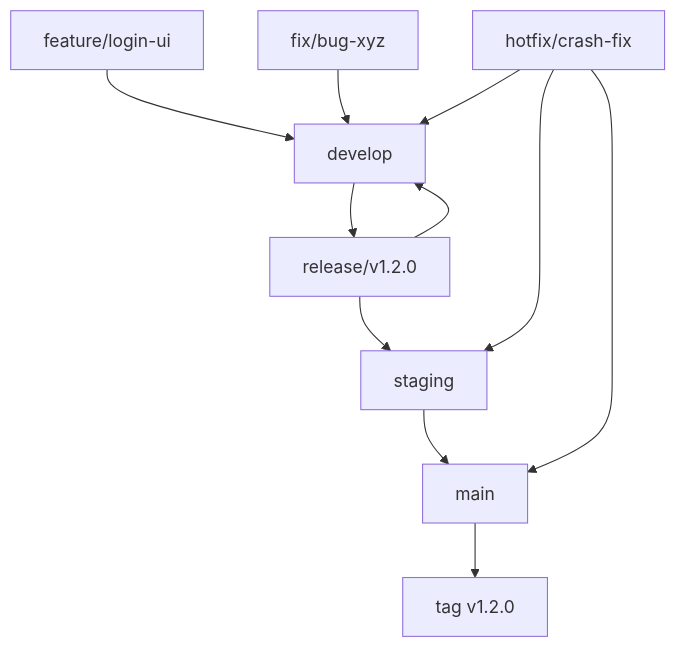
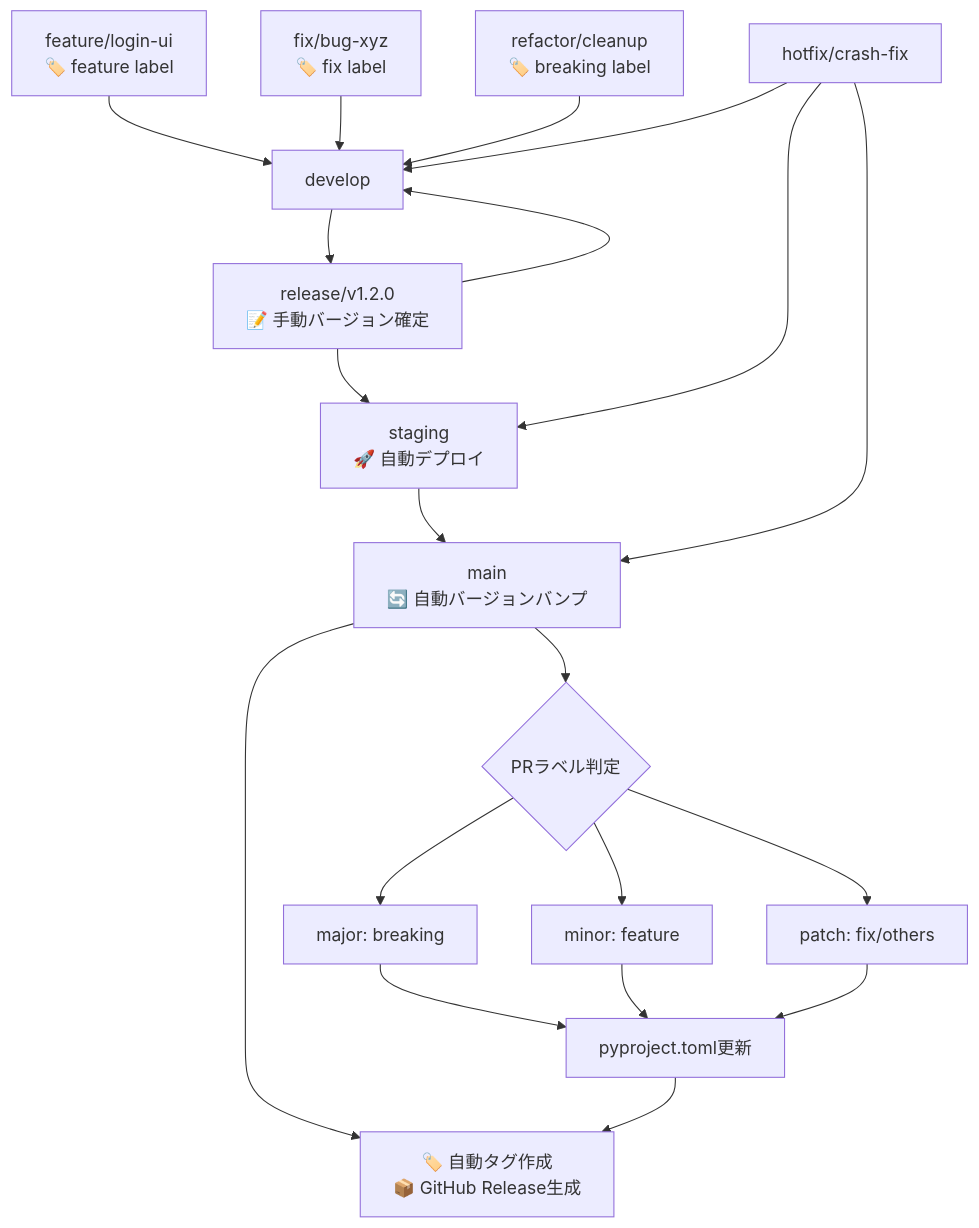
One commit to Kewton/MySwiftAgent changed the diagram in CLAUDE.md. Above: the diagram before and after it, drawn with Mermaid. The commit also changed other lines of this file and 3 other files, not shown here.

First line of the commit message:
feat: implement automated version management with GitHub Actions

````diff
--- a/CLAUDE.md
+++ b/CLAUDE.md
@@ -71,13 +82,24 @@
 ```mermaid
 graph TD
-  F1[feature/login-ui] --> D1[develop]
-  F2[fix/bug-xyz] --> D1
-  D1 --> R1[release/v1.2.0]
-  R1 --> S1[staging]
-  S1 --> M1[main]
-  M1 --> T1[tag v1.2.0]
+  F1[feature/login-ui<br/>🏷️ feature label] --> D1[develop]
+  F2[fix/bug-xyz<br/>🏷️ fix label] --> D1
+  F3[refactor/cleanup<br/>🏷️ breaking label] --> D1
+  D1 --> R1[release/v1.2.0<br/>📝 手動バージョン確定]
+  R1 --> S1[staging<br/>🚀 自動デプロイ]
+  S1 --> M1[main<br/>🔄 自動バージョンバンプ]
+  M1 --> T1[🏷️ 自動タグ作成<br/>📦 GitHub Release生成]
   R1 --> D1
   H1[hotfix/crash-fix] --> M1
   H1 --> D1
   H1 --> S1
+
+  %% 自動化プロセス
+  M1 --> A1{PRラベル判定}
+  A1 --> A2[major: breaking]
+  A1 --> A3[minor: feature]
+  A1 --> A4[patch: fix/others]
+  A2 --> A5[pyproject.toml更新]
+  A3 --> A5
+  A4 --> A5
+  A5 --> T1
 ```
````
